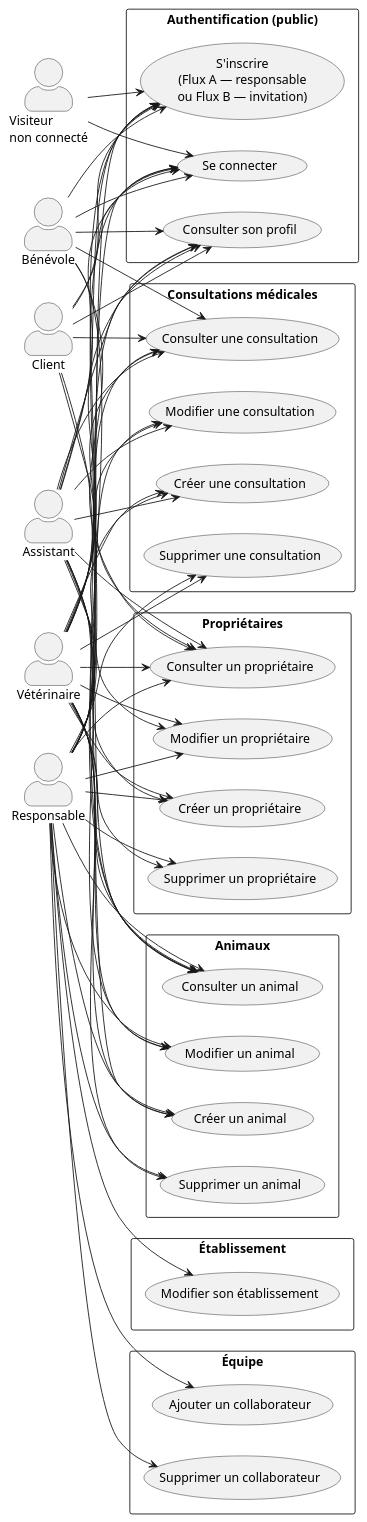
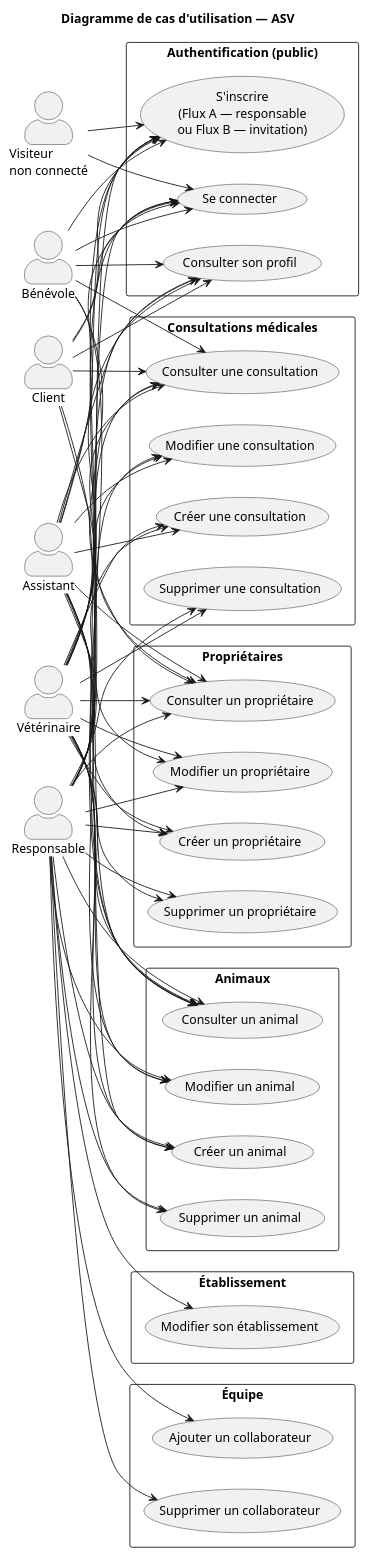
One commit to M-BEDH/ASV-infra changed the first of 4 diagrams in docs/diagrammes_UML_ASV.puml. Above: the diagram before and after it, drawn with PlantUML. The commit also changed other lines of this file, not shown here.

```diff
--- a/docs/diagrammes_UML_ASV.puml
+++ b/docs/diagrammes_UML_ASV.puml
@@ -5,121 +5,123 @@
 @startuml diagramme_cas_utilisation
+
+title Diagramme de cas d'utilisation — ASV
 
 left to right direction
 skinparam packageStyle rectangle
 skinparam actorStyle awesome
 
 actor "Visiteur\nnon connecté" as ANON
 actor "Responsable" as RESP
 actor "Vétérinaire" as VET
 actor "Assistant" as ASST
 actor "Bénévole" as BEN
 actor "Client" as CLIENT
 
 rectangle "Authentification (public)" {
     usecase "S'inscrire\n(Flux A — responsable\nou Flux B — invitation)" as UC1
     usecase "Se connecter" as UC2
     usecase "Consulter son profil" as UC3
 }
 
 rectangle "Établissement" {
     usecase "Modifier son établissement" as UC5
 }
 
 rectangle "Équipe" {
     usecase "Ajouter un collaborateur" as UC18a
     usecase "Supprimer un collaborateur" as UC18b
 }
 
 rectangle "Propriétaires" {
     usecase "Créer un propriétaire" as UC6
     usecase "Consulter un propriétaire" as UC7
     usecase "Modifier un propriétaire" as UC8
     usecase "Supprimer un propriétaire" as UC9
 }
 
 rectangle "Animaux" {
     usecase "Créer un animal" as UC10
     usecase "Consulter un animal" as UC11
     usecase "Modifier un animal" as UC12
     usecase "Supprimer un animal" as UC13
 }
 
 rectangle "Consultations médicales" {
     usecase "Créer une consultation" as UC14
     usecase "Consulter une consultation" as UC15
     usecase "Modifier une consultation" as UC16
     usecase "Supprimer une consultation" as UC17
 }
 
 ' Visiteur
 ANON --> UC1
 ANON --> UC2
 
 ' Responsable — accès complet
 RESP --> UC1
 RESP --> UC2
 RESP --> UC3
 RESP --> UC5
 RESP --> UC18a
 RESP --> UC18b
 RESP --> UC6
 RESP --> UC7
 RESP --> UC8
 RESP --> UC9
 RESP --> UC10
 RESP --> UC11
 RESP --> UC12
 RESP --> UC13
 RESP --> UC14
 RESP --> UC15
 RESP --> UC16
 RESP --> UC17
 
 ' Vétérinaire — CRUD complet sauf gestion équipe/établissement
 VET --> UC1
 VET --> UC2
 VET --> UC3
 VET --> UC6
 VET --> UC7
 VET --> UC8
 VET --> UC9
 VET --> UC10
 VET --> UC11
 VET --> UC12
 VET --> UC13
 VET --> UC14
 VET --> UC15
 VET --> UC16
 VET --> UC17
 
 ' Assistant — CRUD sauf suppression proprio et animal
 ASST --> UC1
 ASST --> UC2
 ASST --> UC3
 ASST --> UC6
 ASST --> UC7
 ASST --> UC8
 ASST --> UC10
 ASST --> UC11
 ASST --> UC12
 ASST --> UC14
 ASST --> UC15
 ASST --> UC16
 
 ' Bénévole — lecture seule
 BEN --> UC1
 BEN --> UC2
 BEN --> UC3
 BEN --> UC7
 BEN --> UC11
 BEN --> UC15
 
 ' Client — ses propres données
 CLIENT --> UC1
 CLIENT --> UC2
 CLIENT --> UC3
 CLIENT --> UC7
 CLIENT --> UC11
 CLIENT --> UC15
 
 @enduml
```
